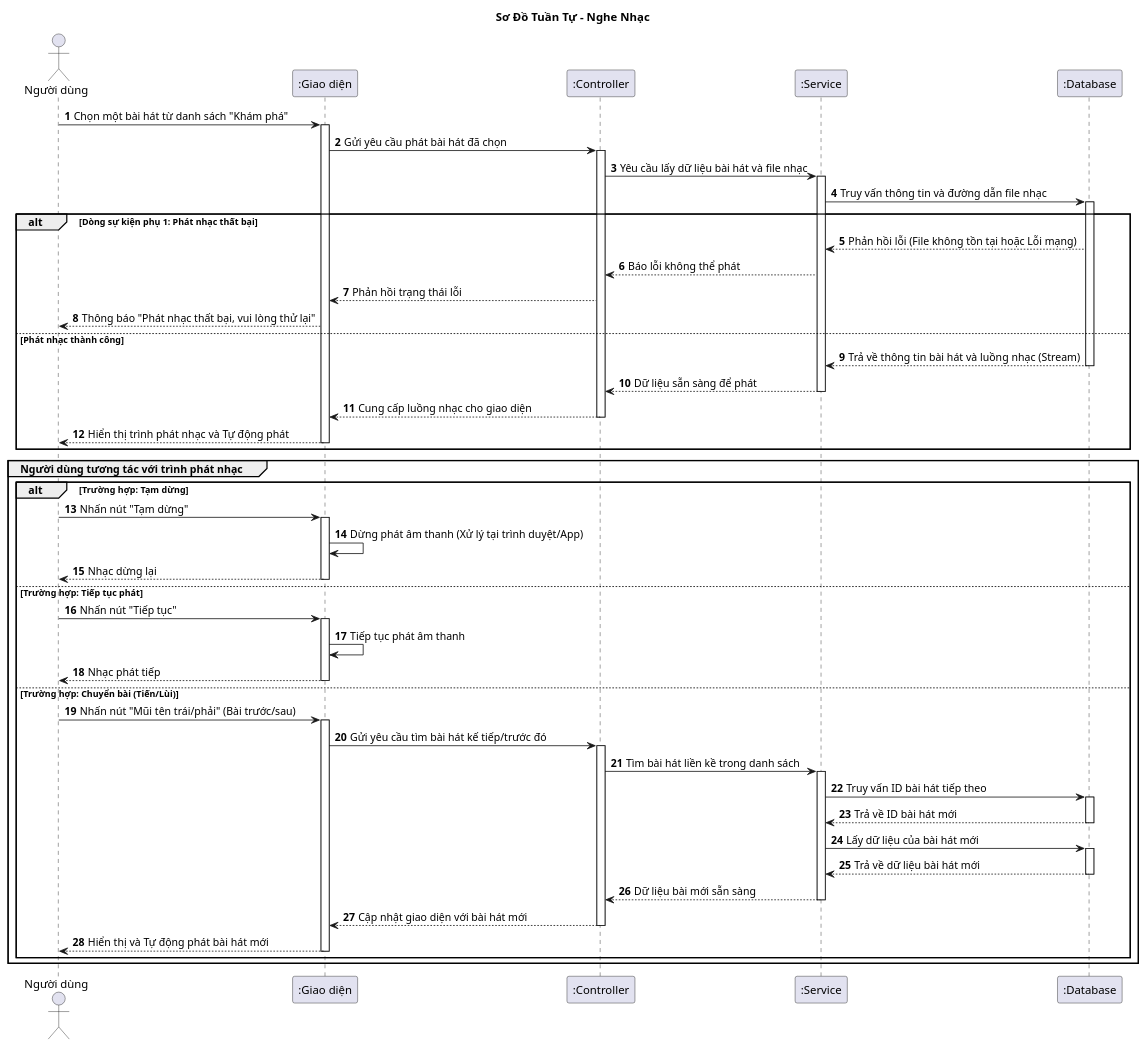
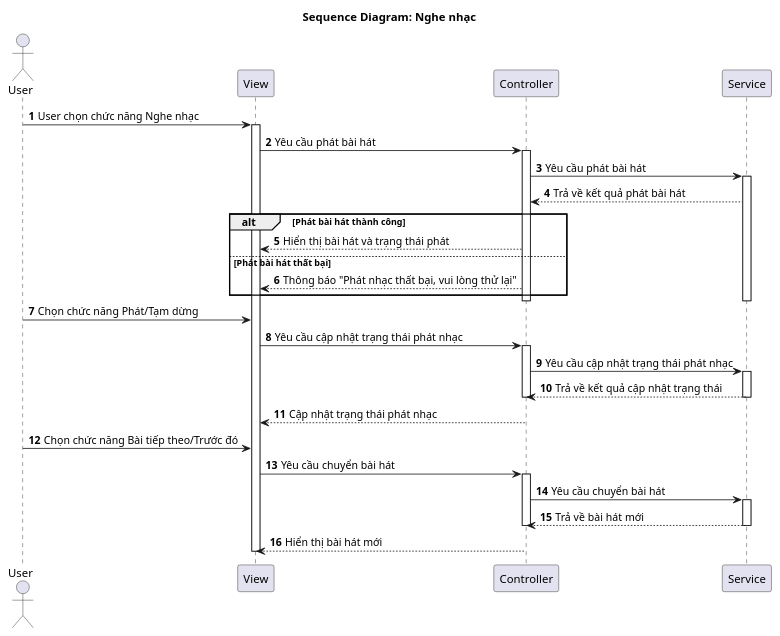
One commit to vinh047/soundwave changed the diagram in Diagrams/SequenceDiagram/ListenMusicSD.plantuml. Above: the diagram before and after it, drawn with PlantUML. The commit also changed 27 other files, not shown here.

Commit message:
Sửa đặc tả UC (Chia sẻ lên platform thôi,...), đơn giản hoá Sequence, sửa CD và thêm mô tả CD

```diff
--- a/Diagrams/SequenceDiagram/ListenMusicSD.plantuml
+++ b/Diagrams/SequenceDiagram/ListenMusicSD.plantuml
@@ -1,99 +1,47 @@
-@startuml Sequence Diagram - Nghe Nhạc (Thông điệp)
+@startuml SD
 
-title Sơ Đồ Tuần Tự - Nghe Nhạc
+actor "User" as User
+participant "View" as View
+participant "Controller" as Controller
+participant "Service" as Service
 
-actor "Người dùng" as User
-participant ":Giao diện" as UI
-participant ":Controller" as Controller
-participant ":Service" as Service
-participant ":Database" as DB
+title Sequence Diagram: Nghe nhạc
 
 autonumber
 
-' === BƯỚC 1: BẮT ĐẦU PHÁT NHẠC (Dòng sự kiện chính 1) ===
-User -> UI: Chọn một bài hát từ danh sách "Khám phá"
-activate UI
+User -> View: User chọn chức năng Nghe nhạc
+activate View
+View -> Controller: Yêu cầu phát bài hát
+activate Controller
+Controller -> Service: Yêu cầu phát bài hát
+activate Service
+Service --> Controller: Trả về kết quả phát bài hát
+alt Phát bài hát thành công
+    Controller --> View: Hiển thị bài hát và trạng thái phát
+else Phát bài hát thất bại
+    Controller --> View: Thông báo "Phát nhạc thất bại, vui lòng thử lại"
+end
+deactivate Controller
+deactivate Service
 
-UI -> Controller: Gửi yêu cầu phát bài hát đã chọn
+User -> View: Chọn chức năng Phát/Tạm dừng
+View -> Controller: Yêu cầu cập nhật trạng thái phát nhạc
 activate Controller
+Controller -> Service: Yêu cầu cập nhật trạng thái phát nhạc
+activate Service
+Service --> Controller: Trả về kết quả cập nhật trạng thái
+deactivate Service
+deactivate Controller
+Controller --> View: Cập nhật trạng thái phát nhạc
 
-Controller -> Service: Yêu cầu lấy dữ liệu bài hát và file nhạc
+User -> View: Chọn chức năng Bài tiếp theo/Trước đó
+View -> Controller: Yêu cầu chuyển bài hát
+activate Controller
+Controller -> Service: Yêu cầu chuyển bài hát
 activate Service
-
-Service -> DB: Truy vấn thông tin và đường dẫn file nhạc
-activate DB
-
-alt Dòng sự kiện phụ 1: Phát nhạc thất bại
-    DB --> Service: Phản hồi lỗi (File không tồn tại hoặc Lỗi mạng)
-    Service --> Controller: Báo lỗi không thể phát
-    Controller --> UI: Phản hồi trạng thái lỗi
-    
-    UI --> User: Thông báo "Phát nhạc thất bại, vui lòng thử lại"
-
-else Phát nhạc thành công
-    DB --> Service: Trả về thông tin bài hát và luồng nhạc (Stream)
-    deactivate DB
-    
-    Service --> Controller: Dữ liệu sẵn sàng để phát
-    deactivate Service
-    
-    Controller --> UI: Cung cấp luồng nhạc cho giao diện
-    deactivate Controller
-    
-    UI --> User: Hiển thị trình phát nhạc và Tự động phát
-    deactivate UI
-end
-
-' === BƯỚC 2: CÁC CHỨC NĂNG ĐIỀU KHIỂN (Dòng sự kiện chính 2) ===
-group Người dùng tương tác với trình phát nhạc
-
-    ' --- 2.1: Tạm dừng ---
-    alt Trường hợp: Tạm dừng
-        User -> UI: Nhấn nút "Tạm dừng"
-        activate UI
-        UI -> UI: Dừng phát âm thanh (Xử lý tại trình duyệt/App)
-        UI --> User: Nhạc dừng lại
-        deactivate UI
-    
-    ' --- 2.2: Tiếp tục ---
-    else Trường hợp: Tiếp tục phát
-        User -> UI: Nhấn nút "Tiếp tục"
-        activate UI
-        UI -> UI: Tiếp tục phát âm thanh
-        UI --> User: Nhạc phát tiếp
-        deactivate UI
-        
-    ' --- 2.3: Chuyển bài (Tiến/Lùi) ---
-    else Trường hợp: Chuyển bài (Tiến/Lùi)
-        User -> UI: Nhấn nút "Mũi tên trái/phải" (Bài trước/sau)
-        activate UI
-        
-        UI -> Controller: Gửi yêu cầu tìm bài hát kế tiếp/trước đó
-        activate Controller
-        
-        Controller -> Service: Tìm bài hát liền kề trong danh sách
-        activate Service
-        
-        Service -> DB: Truy vấn ID bài hát tiếp theo
-        activate DB
-        DB --> Service: Trả về ID bài hát mới
-        deactivate DB
-        
-        ' (Lặp lại quy trình lấy dữ liệu như Bước 1)
-        Service -> DB: Lấy dữ liệu của bài hát mới
-        activate DB
-        DB --> Service: Trả về dữ liệu bài hát mới
-        deactivate DB
-        
-        Service --> Controller: Dữ liệu bài mới sẵn sàng
-        deactivate Service
-        
-        Controller --> UI: Cập nhật giao diện với bài hát mới
-        deactivate Controller
-        
-        UI --> User: Hiển thị và Tự động phát bài hát mới
-        deactivate UI
-    end
-end
-
+Service --> Controller: Trả về bài hát mới
+deactivate Service
+deactivate Controller
+Controller --> View: Hiển thị bài hát mới
+deactivate View
 @enduml
```
